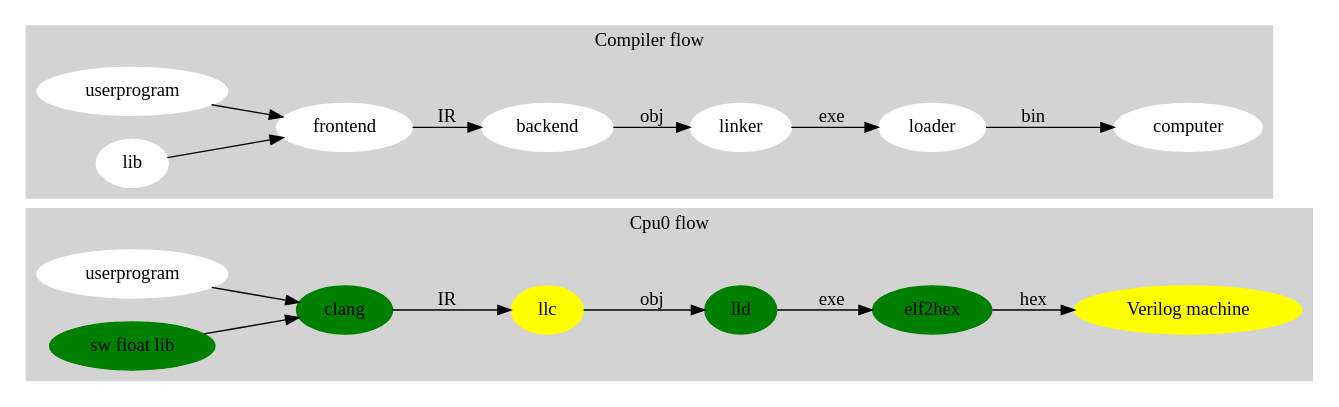
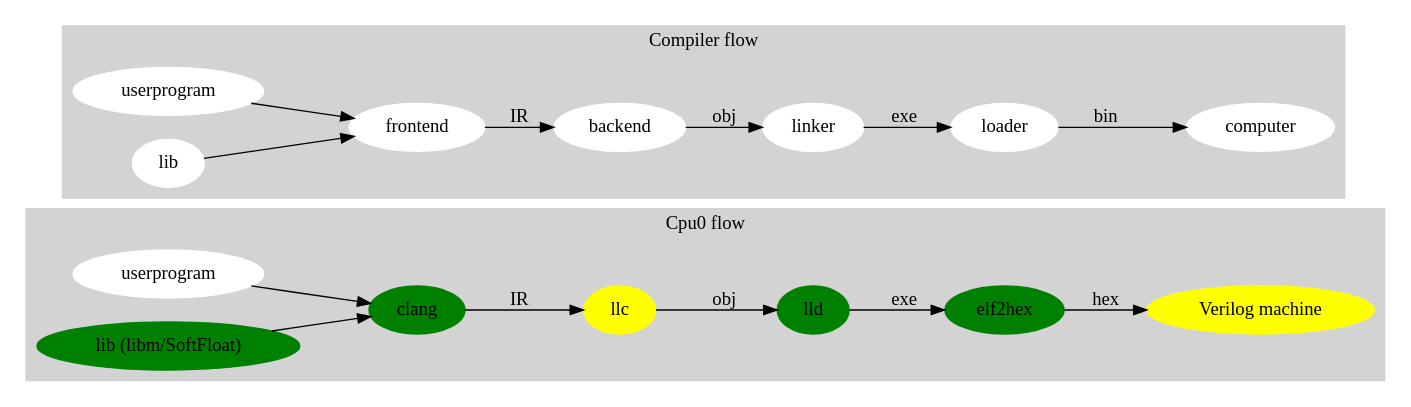
Before and after one commit to Jonathan2251/lbt: the diagram in Fig/about/mywork_1.gv, drawn with Graphviz. The commit also changed 1 other file, not shown here.

```diff
--- a/Fig/about/mywork_1.gv
+++ b/Fig/about/mywork_1.gv
@@ -1,33 +1,33 @@
 digraph G {
 
   rankdir=LR;
   subgraph cluster_1 {
     style=filled;
     color=lightgrey;
     label = "Cpu0 flow";
     node [style=filled,color=white]; usercode [label = "userprogram"];
-    node [style=filled,color=green]; sflib [label = "sw float lib"];
+    node [style=filled,color=green]; sflib [label = "lib (libm/SoftFloat)"];
     node [style=filled,color=green]; clang;
     node [style=filled,color=yellow]; llc, "Verilog machine";
     node [style=filled,color=green]; lld, elf2hex;
     usercode -> clang;
     sflib -> clang;
     clang -> llc [ label = "IR" ];
     llc -> lld [ label = "obj" ];
     lld -> elf2hex [ label = "exe" ];
     elf2hex -> "Verilog machine" [ label = "hex" ];
   }
   subgraph cluster_0 {
     style=filled;
     label = "Compiler flow";
     node [style=filled,color=white]; userprogram, lib, frontend, backend, linker, loader, computer; 
       userprogram -> frontend;
       lib -> frontend;
       frontend -> backend [ label = "IR" ];
       backend -> linker [ label = "obj" ];
       linker -> loader [ label = "exe" ];
       loader -> computer [ label = "bin" ];
       color=lightgrey
   }
 
 }
```
